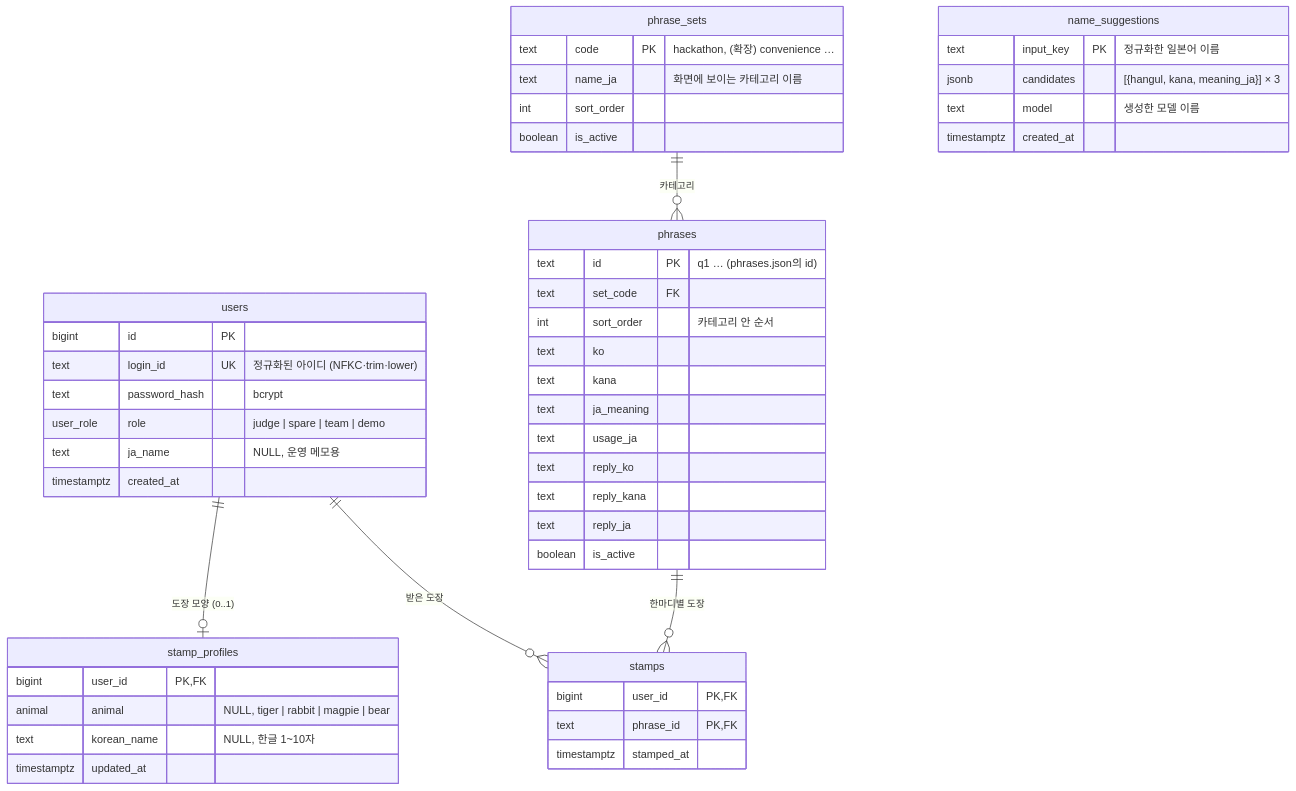
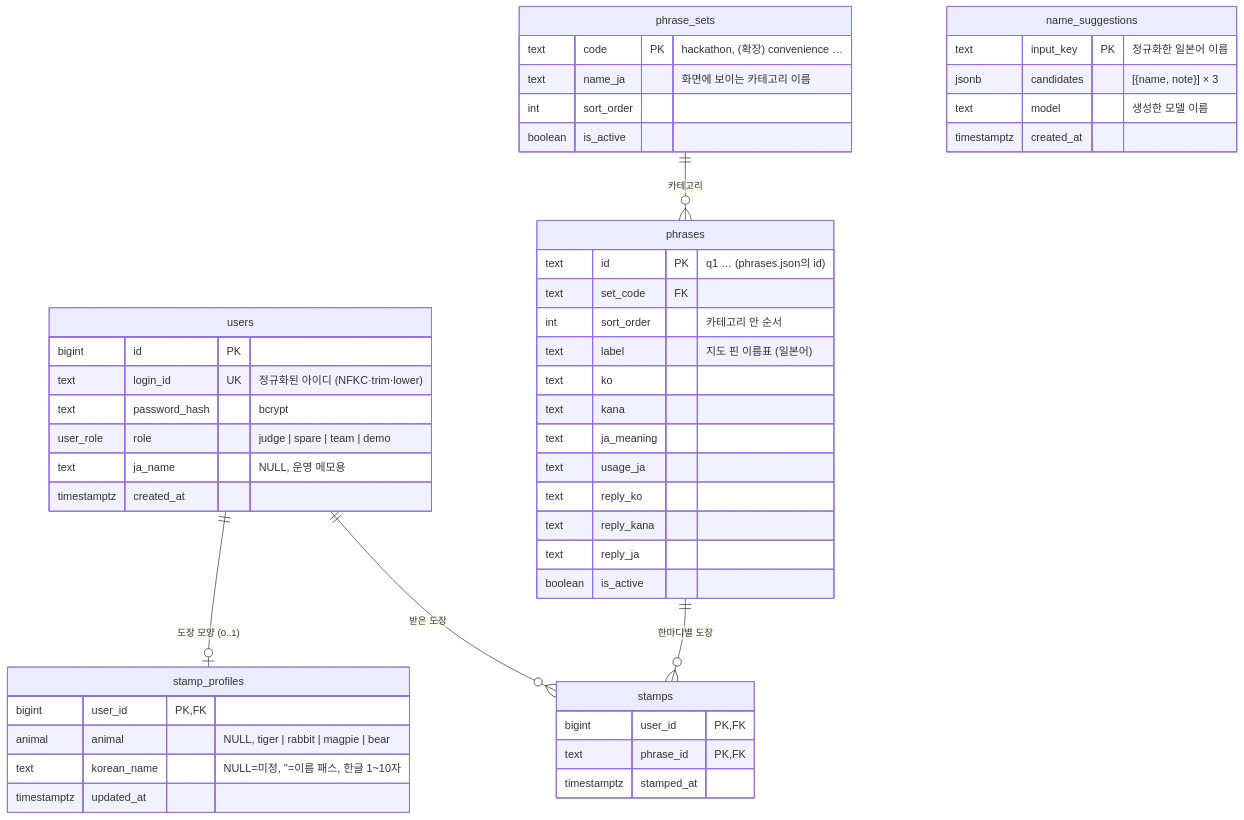
Before and after one commit to OurVacation/ichimadi: the diagram in docs/design/erd.md, drawn with Mermaid. The commit also changed other lines of this file and 6 other files, not shown here.

````diff
--- a/docs/design/erd.md
+++ b/docs/design/erd.md
@@ -8,52 +8,53 @@
 ```mermaid
 erDiagram
   users ||--o| stamp_profiles : "도장 모양 (0..1)"
   users ||--o{ stamps : "받은 도장"
   phrase_sets ||--o{ phrases : "카테고리"
   phrases ||--o{ stamps : "한마디별 도장"
 
   users {
     bigint id PK
     text login_id UK "정규화된 아이디 (NFKC·trim·lower)"
     text password_hash "bcrypt"
     user_role role "judge | spare | team | demo"
     text ja_name "NULL, 운영 메모용"
     timestamptz created_at
   }
   stamp_profiles {
     bigint user_id PK, FK
     animal animal "NULL, tiger | rabbit | magpie | bear"
-    text korean_name "NULL, 한글 1~10자"
+    text korean_name "NULL=미정, ''=이름 패스, 한글 1~10자"
     timestamptz updated_at
   }
   phrase_sets {
     text code PK "hackathon, (확장) convenience …"
     text name_ja "화면에 보이는 카테고리 이름"
     int sort_order
     boolean is_active
   }
   phrases {
     text id PK "q1 … (phrases.json의 id)"
     text set_code FK
     int sort_order "카테고리 안 순서"
+    text label "지도 핀 이름표 (일본어)"
     text ko
     text kana
     text ja_meaning
     text usage_ja
     text reply_ko
     text reply_kana
     text reply_ja
     boolean is_active
   }
   stamps {
     bigint user_id PK, FK
     text phrase_id PK, FK
     timestamptz stamped_at
   }
   name_suggestions {
     text input_key PK "정규화한 일본어 이름"
-    jsonb candidates "[{hangul, kana, meaning_ja}] × 3"
+    jsonb candidates "[{name, note}] × 3"
     text model "생성한 모델 이름"
     timestamptz created_at
   }
 ```
````
